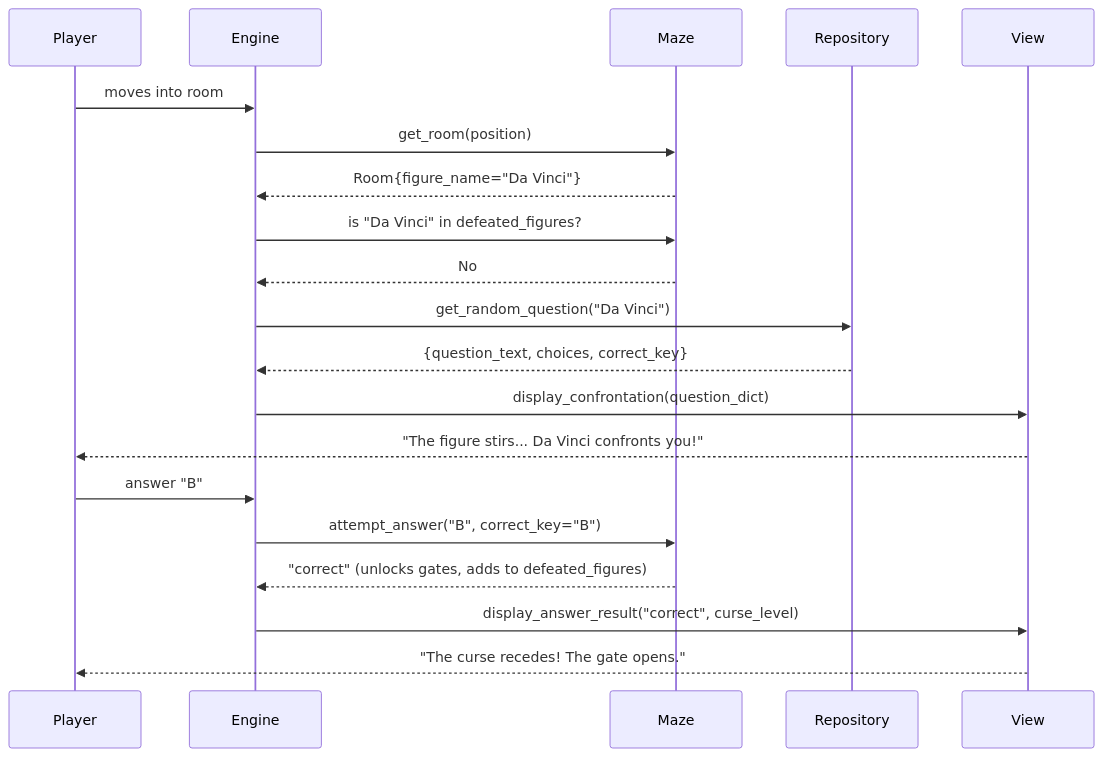
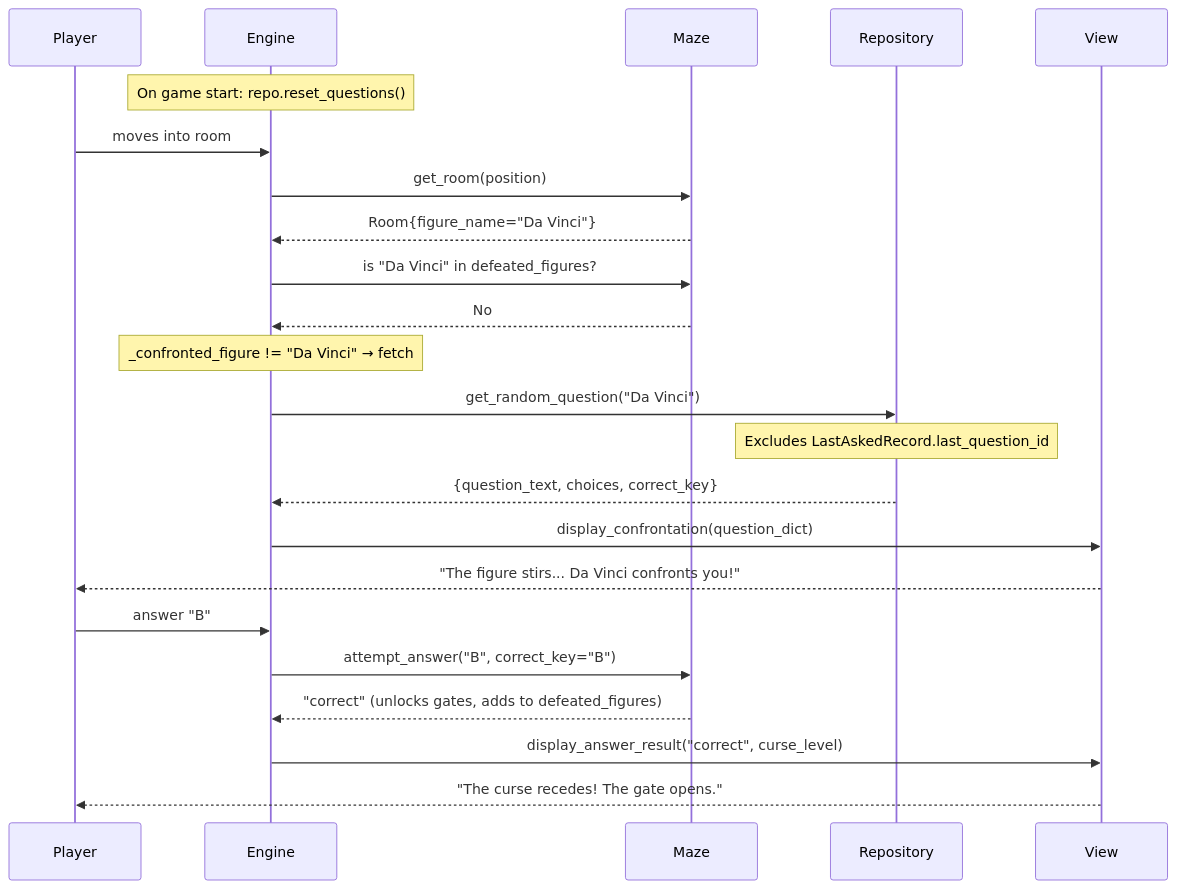
The first of 2 diagrams in docs/rfc_merged.md (okolib/TCSS504_TriviaMaze_Team4), drawn with Mermaid before and after one commit. The commit also changed other lines of this file and 7 other files, not shown here.

First line of the commit message:
docs: update RFC & interfaces with LastAskedRecord, anti-repeat, view.py dynamic box

````diff
--- a/docs/rfc_merged.md
+++ b/docs/rfc_merged.md
@@ -370,23 +389,26 @@
 ```mermaid
 sequenceDiagram
     participant P as Player
     participant E as Engine
     participant M as Maze
     participant DB as Repository
     participant V as View
 
+    Note over E: On game start: repo.reset_questions()
     P->>E: moves into room
     E->>M: get_room(position)
     M-->>E: Room{figure_name="Da Vinci"}
     E->>M: is "Da Vinci" in defeated_figures?
     M-->>E: No
+    Note over E: _confronted_figure != "Da Vinci" → fetch
     E->>DB: get_random_question("Da Vinci")
+    Note over DB: Excludes LastAskedRecord.last_question_id
     DB-->>E: {question_text, choices, correct_key}
     E->>V: display_confrontation(question_dict)
     V-->>P: "The figure stirs... Da Vinci confronts you!"
     P->>E: answer "B"
     E->>M: attempt_answer("B", correct_key="B")
     M-->>E: "correct" (unlocks gates, adds to defeated_figures)
     E->>V: display_answer_result("correct", curse_level)
     V-->>P: "The curse recedes! The gate opens."
 ```
````
